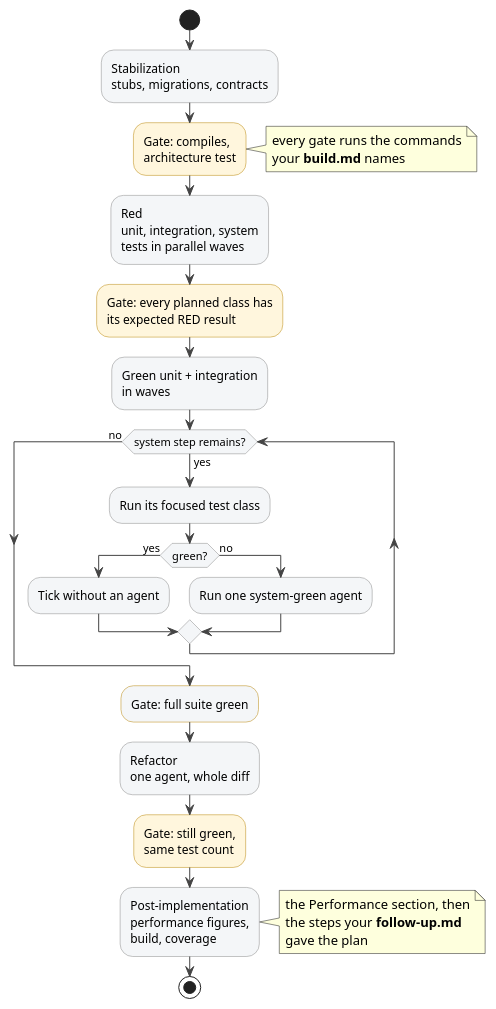
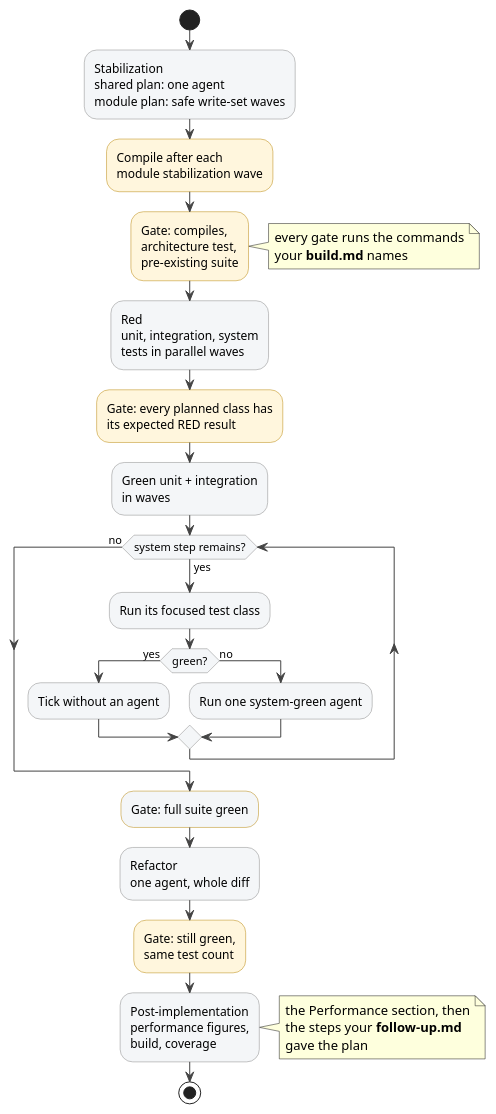
The diagram in docs/diagrams/implement-plan-pipeline.puml (ds-usova/tdd-sdlc), drawn with PlantUML before and after one commit. The commit also changed 33 other files, not shown here.

Commit message:
Parallelize module stabilization

```diff
--- a/docs/diagrams/implement-plan-pipeline.puml
+++ b/docs/diagrams/implement-plan-pipeline.puml
@@ -1,54 +1,58 @@
 @startuml implement-plan-pipeline
 skinparam defaultFontName Helvetica
 skinparam shadowing false
 skinparam ActivityBackgroundColor #F4F6F8
 skinparam ActivityBorderColor #888
 skinparam ArrowColor #444
 <style>
 activityDiagram {
   .gate {
     BackgroundColor #FFF6DD
     LineColor #B8860B
   }
 }
 </style>
 
 start
 :Stabilization
-stubs, migrations, contracts;
+shared plan: one agent
+module plan: safe write-set waves;
+:Compile after each
+module stabilization wave;<<gate>>
 :Gate: compiles,
-architecture test;<<gate>>
+architecture test,
+pre-existing suite;<<gate>>
 note right
   every gate runs the commands
   your **build.md** names
 end note
 :Red
 unit, integration, system
 tests in parallel waves;
 :Gate: every planned class has
 its expected RED result;<<gate>>
 :Green unit + integration
 in waves;
 while (system step remains?) is (yes)
   :Run its focused test class;
   if (green?) then (yes)
     :Tick without an agent;
   else (no)
     :Run one system-green agent;
   endif
 endwhile (no)
 :Gate: full suite green;<<gate>>
 :Refactor
 one agent, whole diff;
 :Gate: still green,
 same test count;<<gate>>
 :Post-implementation
 performance figures,
 build, coverage;
 note right
   the Performance section, then
   the steps your **follow-up.md**
   gave the plan
 end note
 stop
 @enduml
```
